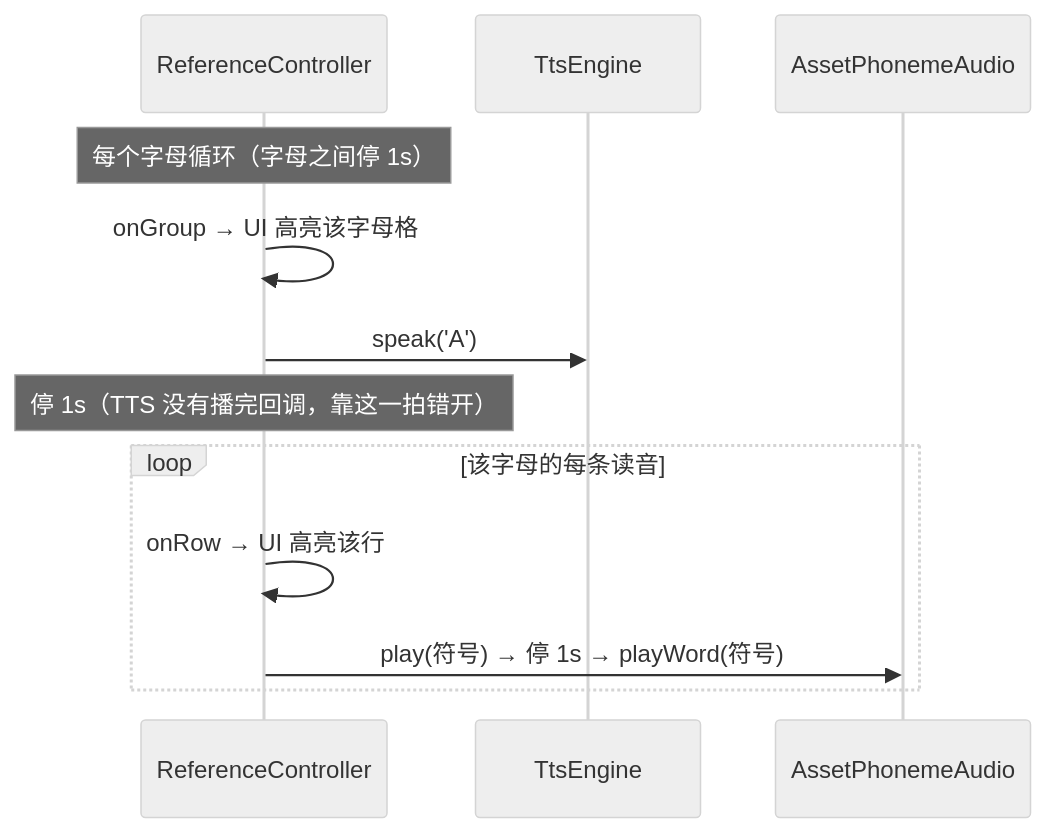
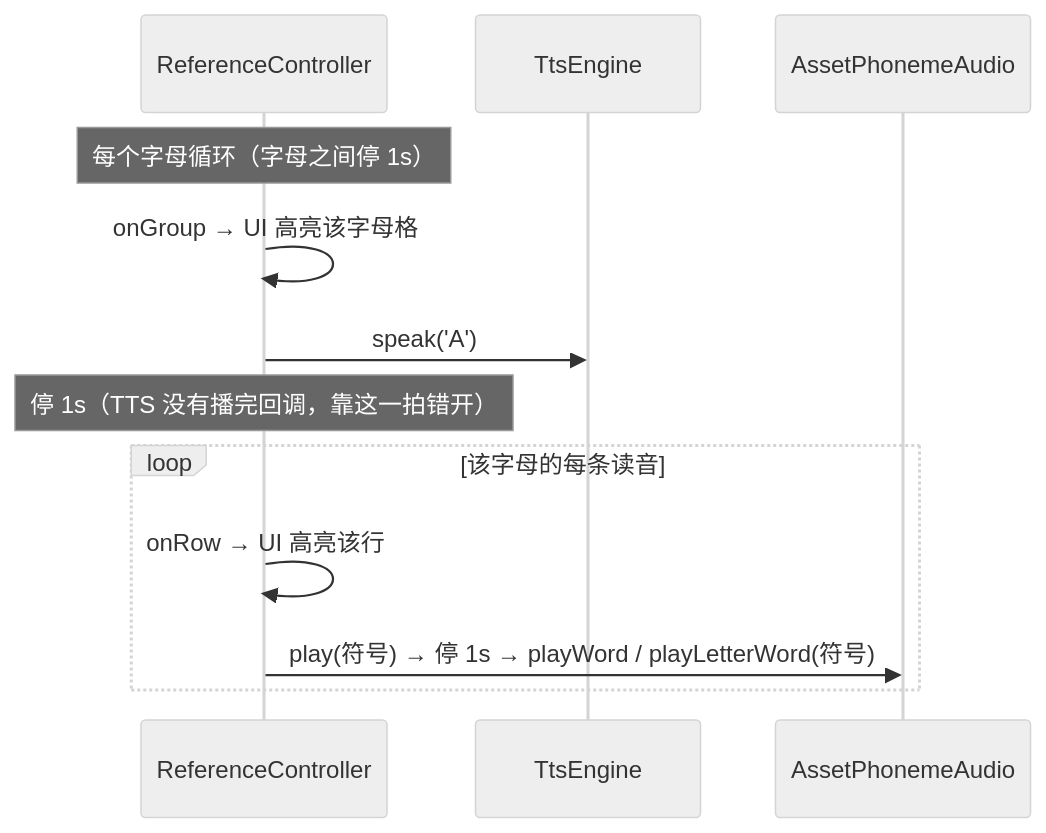
One commit to kindywu/contexta changed the sixth of 7 diagrams in impl/app/flutter/docs/reference-alphabet.md. Above: the diagram before and after it, drawn with Mermaid (neutral theme). The commit also changed other lines of this file and 20 other files, not shown here.

````diff
--- a/impl/app/flutter/docs/reference-alphabet.md
+++ b/impl/app/flutter/docs/reference-alphabet.md
@@ -126,14 +168,14 @@
 ```mermaid
 sequenceDiagram
     participant C as ReferenceController
     participant T as TtsEngine
     participant A as AssetPhonemeAudio
     Note over C: 每个字母循环（字母之间停 1s）
     C->>C: onGroup → UI 高亮该字母格
     C->>T: speak('A')
     Note over C: 停 1s（TTS 没有播完回调，靠这一拍错开）
     loop 该字母的每条读音
         C->>C: onRow → UI 高亮该行
-        C->>A: play(符号) → 停 1s → playWord(符号)
+        C->>A: play(符号) → 停 1s → playWord / playLetterWord(符号)
     end
 ```
````
